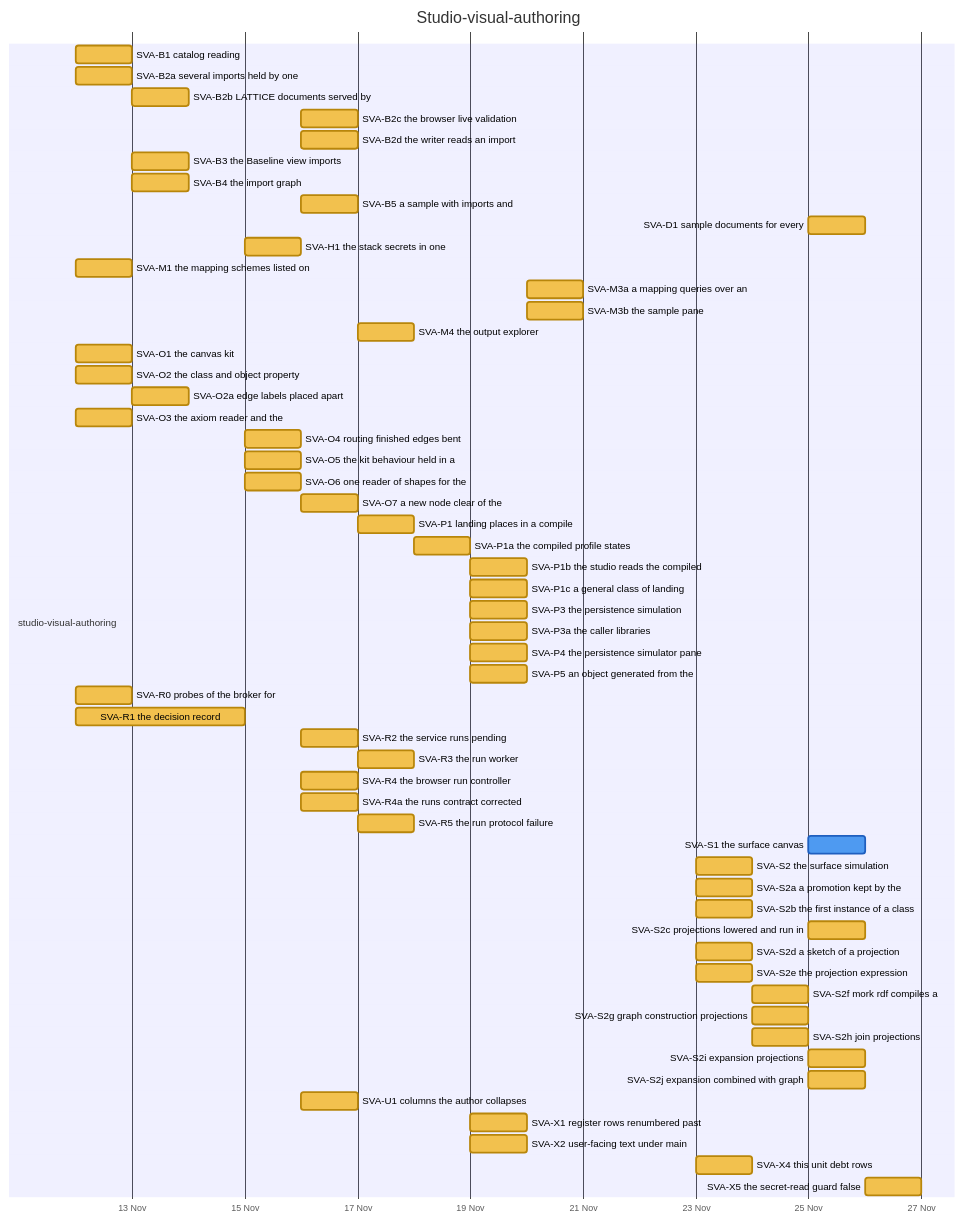
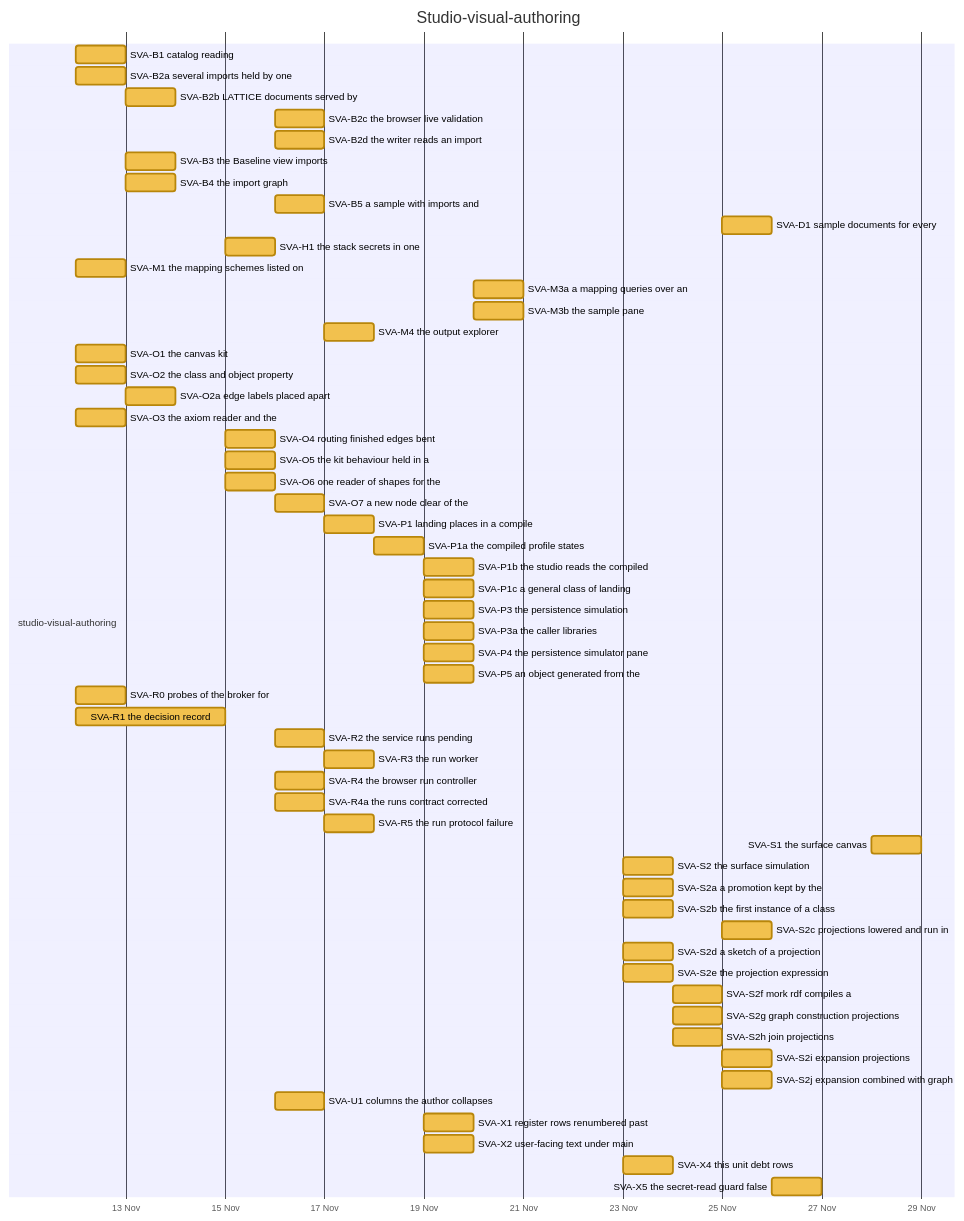
One commit to nebularis/lattice changed diagram 16 of 32 in docs/developer/ROADMAP.md. Above: the diagram before and after it, drawn with Mermaid. The commit also changed other lines of this file and 25 other files, not shown here.

````diff
--- a/docs/developer/ROADMAP.md
+++ b/docs/developer/ROADMAP.md
@@ -485,62 +485,62 @@
 ```mermaid
 %%{init: {"themeVariables": {"taskBkgColor": "#f2c14e", "taskBorderColor": "#b8860b", "taskTextColor": "#000000", "activeTaskBkgColor": "#4e9af1", "activeTaskBorderColor": "#1f5fbf", "activeTaskBorderColor": "#1f5fbf", "doneTaskBkgColor": "#8fcf8f", "doneTaskBorderColor": "#2f7d32", "critBkgColor": "#f28b82", "critBorderColor": "#b23a30", "taskTextDarkColor": "#000000", "taskTextLightColor": "#000000"}}}%%
 gantt
     title Studio-visual-authoring
     dateFormat YYYY-MM-DD
     axisFormat %d %b
     section studio-visual-authoring
     SVA-B1 catalog reading :svab1, 2026-11-12, 2026-11-13
     SVA-B2a several imports held by one :svab2a, 2026-11-12, 2026-11-13
     SVA-B2b LATTICE documents served by :svab2b, 2026-11-13, 2026-11-14
     SVA-B2c the browser live validation :svab2c, 2026-11-16, 2026-11-17
     SVA-B2d the writer reads an import :svab2d, 2026-11-16, 2026-11-17
     SVA-B3 the Baseline view imports :svab3, 2026-11-13, 2026-11-14
     SVA-B4 the import graph :svab4, 2026-11-13, 2026-11-14
     SVA-B5 a sample with imports and :svab5, 2026-11-16, 2026-11-17
     SVA-D1 sample documents for every :svad1, 2026-11-25, 2026-11-26
     SVA-H1 the stack secrets in one :svah1, 2026-11-15, 2026-11-16
     SVA-M1 the mapping schemes listed on :svam1, 2026-11-12, 2026-11-13
     SVA-M3a a mapping queries over an :svam3a, 2026-11-20, 2026-11-21
     SVA-M3b the sample pane :svam3b, 2026-11-20, 2026-11-21
     SVA-M4 the output explorer :svam4, 2026-11-17, 2026-11-18
     SVA-O1 the canvas kit :svao1, 2026-11-12, 2026-11-13
     SVA-O2 the class and object property :svao2, 2026-11-12, 2026-11-13
     SVA-O2a edge labels placed apart :svao2a, 2026-11-13, 2026-11-14
     SVA-O3 the axiom reader and the :svao3, 2026-11-12, 2026-11-13
     SVA-O4 routing finished edges bent :svao4, 2026-11-15, 2026-11-16
     SVA-O5 the kit behaviour held in a :svao5, 2026-11-15, 2026-11-16
     SVA-O6 one reader of shapes for the :svao6, 2026-11-15, 2026-11-16
     SVA-O7 a new node clear of the :svao7, 2026-11-16, 2026-11-17
     SVA-P1 landing places in a compile :svap1, 2026-11-17, 2026-11-18
     SVA-P1a the compiled profile states :svap1a, 2026-11-18, 2026-11-19
     SVA-P1b the studio reads the compiled :svap1b, 2026-11-19, 2026-11-20
     SVA-P1c a general class of landing :svap1c, 2026-11-19, 2026-11-20
     SVA-P3 the persistence simulation :svap3, 2026-11-19, 2026-11-20
     SVA-P3a the caller libraries :svap3a, 2026-11-19, 2026-11-20
     SVA-P4 the persistence simulator pane :svap4, 2026-11-19, 2026-11-20
     SVA-P5 an object generated from the :svap5, 2026-11-19, 2026-11-20
     SVA-R0 probes of the broker for :svar0, 2026-11-12, 2026-11-13
     SVA-R1 the decision record :svar1, 2026-11-12, 2026-11-15
     SVA-R2 the service runs pending :svar2, 2026-11-16, 2026-11-17
     SVA-R3 the run worker :svar3, 2026-11-17, 2026-11-18
     SVA-R4 the browser run controller :svar4, 2026-11-16, 2026-11-17
     SVA-R4a the runs contract corrected :svar4a, 2026-11-16, 2026-11-17
     SVA-R5 the run protocol failure :svar5, 2026-11-17, 2026-11-18
-    SVA-S1 the surface canvas :active, svas1, 2026-11-25, 2026-11-26
+    SVA-S1 the surface canvas :svas1, 2026-11-28, 2026-11-29
     SVA-S2 the surface simulation :svas2, 2026-11-23, 2026-11-24
     SVA-S2a a promotion kept by the :svas2a, 2026-11-23, 2026-11-24
     SVA-S2b the first instance of a class :svas2b, 2026-11-23, 2026-11-24
     SVA-S2c projections lowered and run in :svas2c, 2026-11-25, 2026-11-26
     SVA-S2d a sketch of a projection :svas2d, 2026-11-23, 2026-11-24
     SVA-S2e the projection expression :svas2e, 2026-11-23, 2026-11-24
     SVA-S2f mork rdf compiles a :svas2f, 2026-11-24, 2026-11-25
     SVA-S2g graph construction projections :svas2g, 2026-11-24, 2026-11-25
     SVA-S2h join projections :svas2h, 2026-11-24, 2026-11-25
     SVA-S2i expansion projections :svas2i, 2026-11-25, 2026-11-26
     SVA-S2j expansion combined with graph :svas2j, 2026-11-25, 2026-11-26
     SVA-U1 columns the author collapses :svau1, 2026-11-16, 2026-11-17
     SVA-X1 register rows renumbered past :svax1, 2026-11-19, 2026-11-20
     SVA-X2 user-facing text under main :svax2, 2026-11-19, 2026-11-20
     SVA-X4 this unit debt rows :svax4, 2026-11-23, 2026-11-24
     SVA-X5 the secret-read guard false :svax5, 2026-11-26, 2026-11-27
 ```
````
